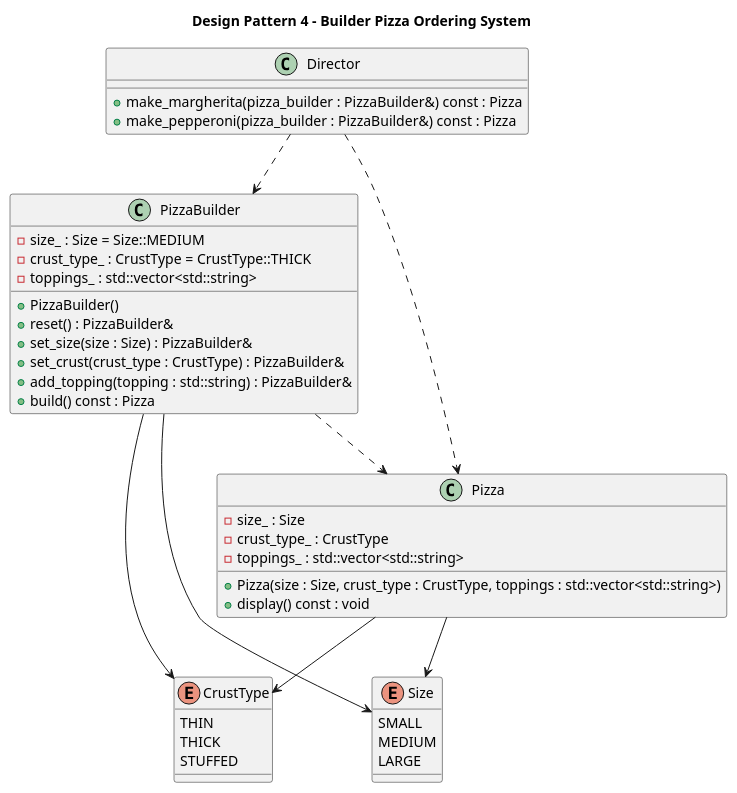
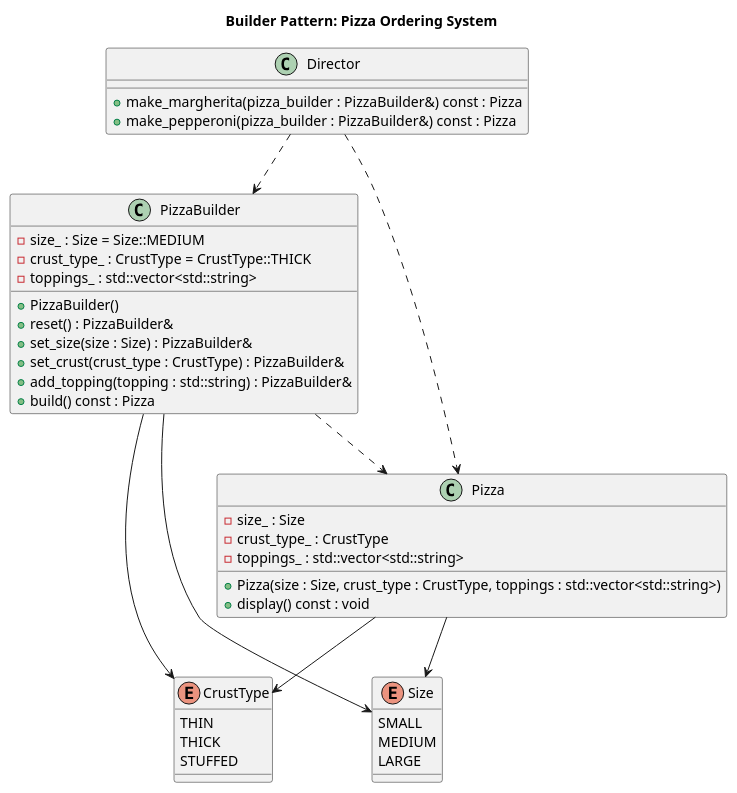
Before and after one commit to PatrickG2907/oop-design-pattern-challenges: the diagram in creational-patterns/builder/cpp/architecture.puml, drawn with PlantUML.

```diff
--- a/creational-patterns/builder/cpp/architecture.puml
+++ b/creational-patterns/builder/cpp/architecture.puml
@@ -1,51 +1,51 @@
 @startuml
-title Design Pattern 4 - Builder Pizza Ordering System
+title Builder Pattern: Pizza Ordering System
 
 enum Size {
     SMALL
     MEDIUM
     LARGE
 }
 
 enum CrustType {
     THIN
     THICK
     STUFFED
 }
 
 class Pizza {
     - size_ : Size
     - crust_type_ : CrustType
     - toppings_ : std::vector<std::string>
     + Pizza(size : Size, crust_type : CrustType, toppings : std::vector<std::string>)
     + display() const : void
 }
 
 class PizzaBuilder {
     - size_ : Size = Size::MEDIUM
     - crust_type_ : CrustType = CrustType::THICK
     - toppings_ : std::vector<std::string>
     + PizzaBuilder()
     + reset() : PizzaBuilder&
     + set_size(size : Size) : PizzaBuilder&
     + set_crust(crust_type : CrustType) : PizzaBuilder&
     + add_topping(topping : std::string) : PizzaBuilder&
     + build() const : Pizza
 }
 
 class Director {
     + make_margherita(pizza_builder : PizzaBuilder&) const : Pizza
     + make_pepperoni(pizza_builder : PizzaBuilder&) const : Pizza
 }
 
 Pizza --> Size
 Pizza --> CrustType
 
 PizzaBuilder --> Size
 PizzaBuilder --> CrustType
 PizzaBuilder ..> Pizza
 
 Director ..> PizzaBuilder
 Director ..> Pizza
 
 @enduml
```
